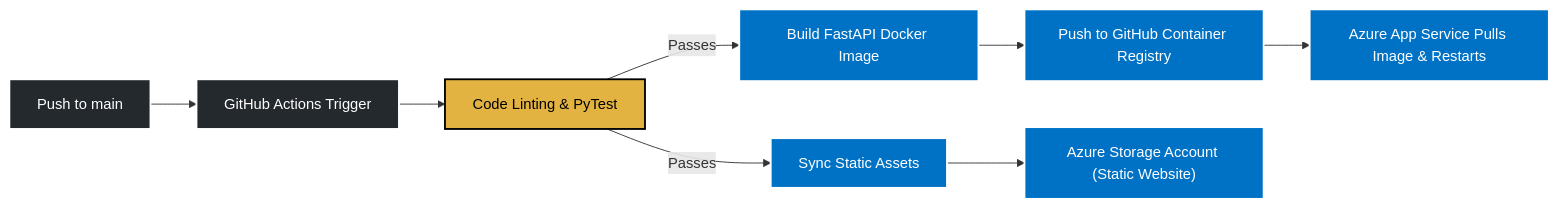
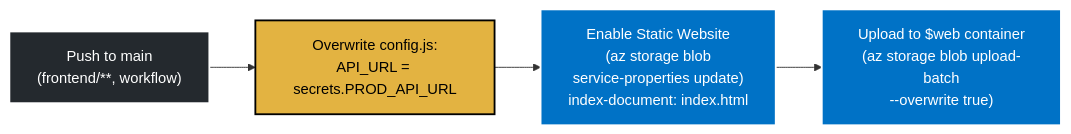
The seventh of 7 diagrams in docs/design_doc.md (Dhruv-Puri/2nd-year-Internship), drawn with Mermaid before and after one commit. The commit also changed other lines of this file, not shown here.

````diff
--- a/docs/design_doc.md
+++ b/docs/design_doc.md
@@ -234,17 +368,11 @@
 ```mermaid
 graph LR
-    %% Styles
     classDef git fill:#24292e,stroke:#fff,stroke-width:2px,color:#fff;
-    classDef test fill:#e3b341,stroke:#000,stroke-width:2px,color:#000;
+    classDef config fill:#e3b341,stroke:#000,stroke-width:2px,color:#000;
     classDef deploy fill:#0072C6,stroke:#fff,stroke-width:2px,color:#fff;
 
-    Push["Push to main"]:::git --> Action["GitHub Actions Trigger"]:::git
-    Action --> Lint["Code Linting &amp; PyTest"]:::test
-     
-    Lint -->|Passes| BuildAPI["Build FastAPI Docker Image"]:::deploy
-    BuildAPI --> PushGHCR["Push to GitHub Container Registry"]:::deploy
-    PushGHCR --> DeployAPI["Azure App Service Pulls Image &amp; Restarts"]:::deploy
-    
-    Lint -->|Passes| SyncUI["Sync Static Assets"]:::deploy
-    SyncUI --> DeployUI["Azure Storage Account (Static Website)"]:::deploy
+    Push["Push to main<br/>(frontend/**, workflow)"]:::git
+    Push --> Inject["Overwrite config.js:<br/>API_URL = secrets.PROD_API_URL"]:::config
+    Inject --> Enable["Enable Static Website<br/>(az storage blob<br/>service-properties update)<br/>index-document: index.html"]:::deploy
+    Enable --> Upload["Upload to $web container<br/>(az storage blob upload-batch<br/>--overwrite true)"]:::deploy
 ```
````
